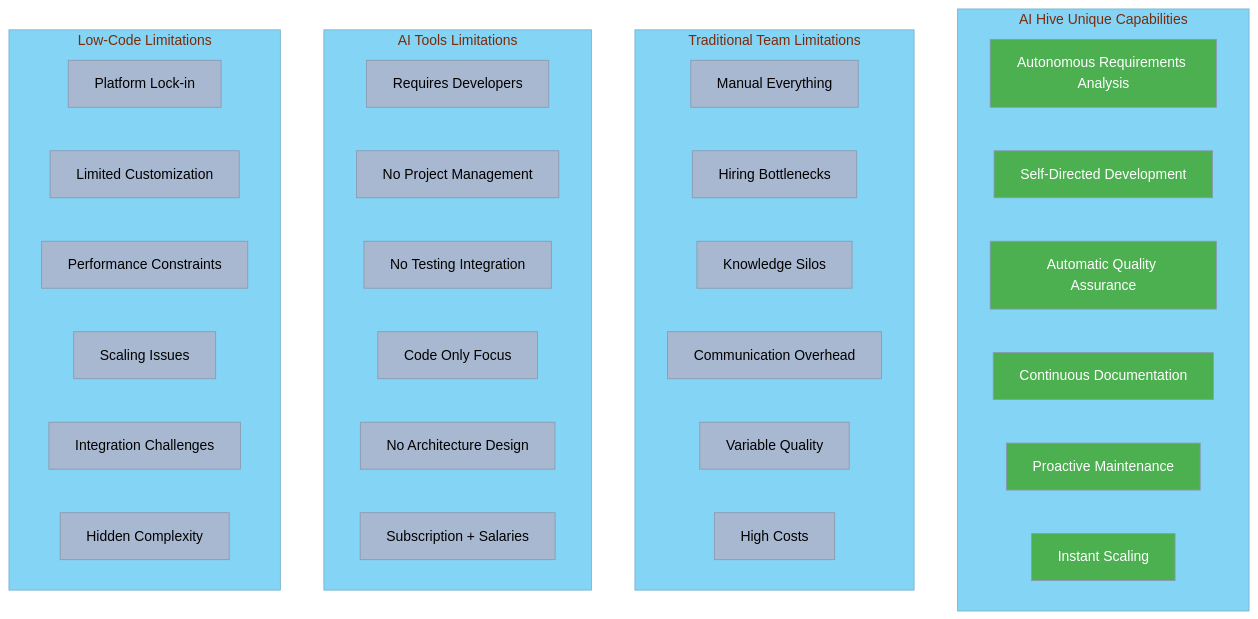
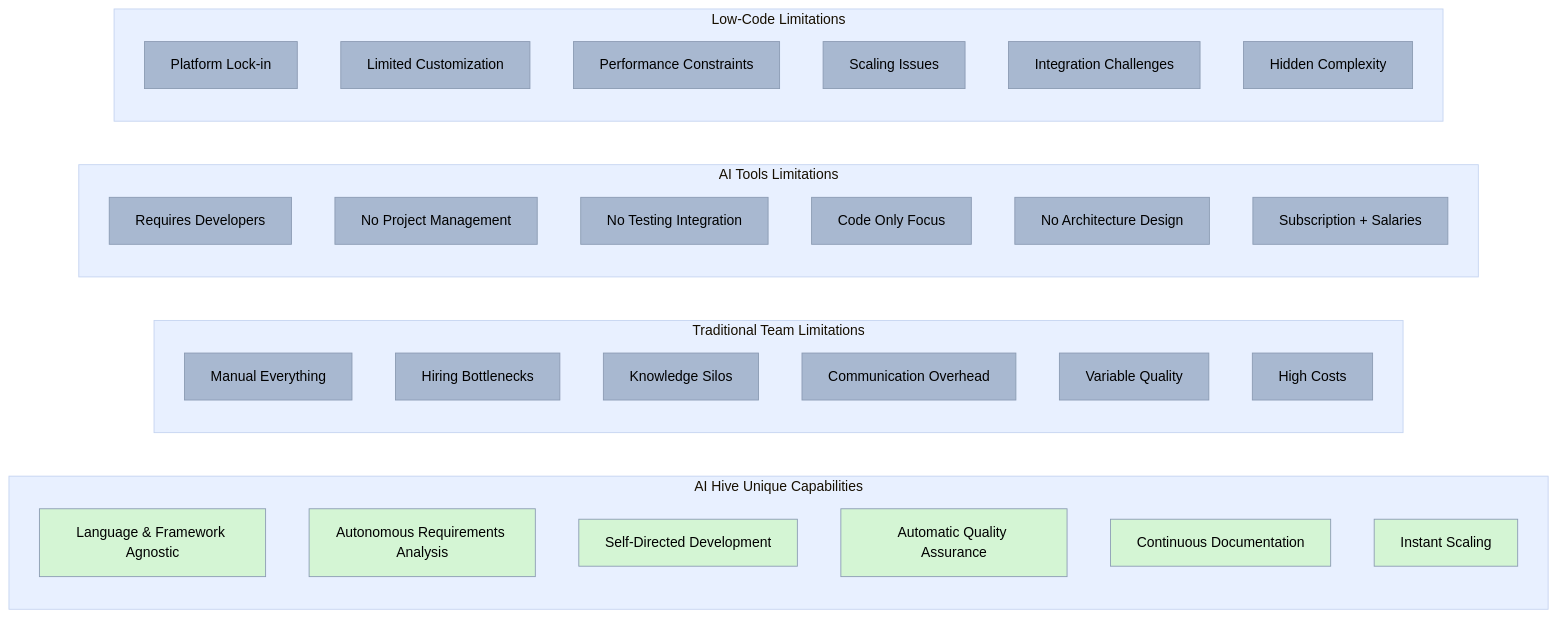
One commit to o2alexanderfedin/AI-Hive-Business-Docs changed the first of 10 diagrams in business-documents/competitive-positioning/04-feature-comparison.md. Above: the diagram before and after it, drawn with Mermaid. The commit also changed other lines of this file and 3 other files, not shown here.

First line of the commit message:
Emphasize AI Hive language/framework agnostic capabilities

````diff
--- a/business-documents/competitive-positioning/04-feature-comparison.md
+++ b/business-documents/competitive-positioning/04-feature-comparison.md
@@ -60,57 +89,57 @@
 ```mermaid
 %%{init: {
   'theme': 'base',
   'themeVariables': {
     'primaryColor': '#A8B8D0',
     'primaryTextColor': '#000000',
     'primaryBorderColor': '#8A9AB2',
     'lineColor': '#8A9AB2',
-    'secondaryColor': '#5DBCB6',
-    'tertiaryColor': '#84D4F5',
+    'secondaryColor': '#B8E0D8',
+    'tertiaryColor': '#E8F0FF',
     'background': '#F5F5F5'
   }
 }}%%
-graph TD
+graph LR
     subgraph "AI Hive Unique Capabilities"
-        A1[Autonomous Requirements Analysis]
-        A2[Self-Directed Development]
-        A3[Automatic Quality Assurance]
-        A4[Continuous Documentation]
-        A5[Proactive Maintenance]
+        A1[Language & Framework Agnostic]
+        A2[Autonomous Requirements Analysis]
+        A3[Self-Directed Development]
+        A4[Automatic Quality Assurance]
+        A5[Continuous Documentation]
         A6[Instant Scaling]
     end
 
     subgraph "Traditional Team Limitations"
         B1[Manual Everything]
         B2[Hiring Bottlenecks]
         B3[Knowledge Silos]
         B4[Communication Overhead]
         B5[Variable Quality]
         B6[High Costs]
     end
 
     subgraph "AI Tools Limitations"
         C1[Requires Developers]
         C2[No Project Management]
         C3[No Testing Integration]
         C4[Code Only Focus]
         C5[No Architecture Design]
         C6[Subscription + Salaries]
     end
 
     subgraph "Low-Code Limitations"
         D1[Platform Lock-in]
         D2[Limited Customization]
         D3[Performance Constraints]
         D4[Scaling Issues]
         D5[Integration Challenges]
         D6[Hidden Complexity]
     end
 
-    style A1 fill:#4CAF50,color:#fff
-    style A2 fill:#4CAF50,color:#fff
-    style A3 fill:#4CAF50,color:#fff
-    style A4 fill:#4CAF50,color:#fff
-    style A5 fill:#4CAF50,color:#fff
-    style A6 fill:#4CAF50,color:#fff
+    style A1 fill:#D4F5D4,color:#000
+    style A2 fill:#D4F5D4,color:#000
+    style A3 fill:#D4F5D4,color:#000
+    style A4 fill:#D4F5D4,color:#000
+    style A5 fill:#D4F5D4,color:#000
+    style A6 fill:#D4F5D4,color:#000
 ```
````
